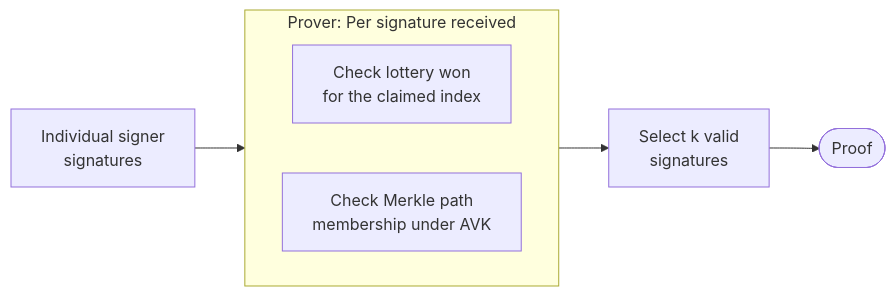
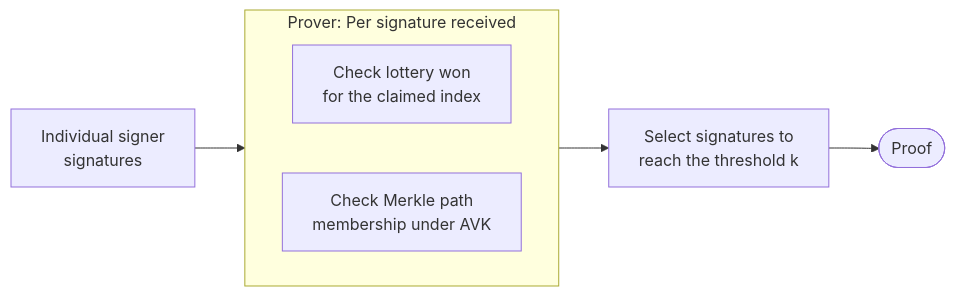
The first of 2 diagrams in docs/website/versioned_docs/version-maintained/mithril/advanced/mithril-protocol/aggregation/concatenation.md (IntersectMBO/mithril), drawn with Mermaid before and after one commit. The commit also changed other lines of this file, not shown here.

Commit message:
refactor(doc): reworked the concatenation text to fix mention of k signatures

````diff
--- a/docs/website/versioned_docs/version-maintained/mithril/advanced/mithril-protocol/aggregation/concatenation.md
+++ b/docs/website/versioned_docs/version-maintained/mithril/advanced/mithril-protocol/aggregation/concatenation.md
@@ -10,13 +10,13 @@
 ```mermaid
 flowchart LR
     Sigs[Individual signer<br/>signatures] --> Loop
 
     subgraph Loop["Prover: Per signature received"]
         direction LR
         L["Check lottery won<br/>for the claimed index"]
         M["Check Merkle path<br/>membership under AVK"]
     end
 
-    Loop --> Select["Select k valid<br/>signatures"]
+    Loop --> Select["Select signatures to<br/>reach the threshold k"]
     Select --> Proof(["Proof"])
 ```
````
